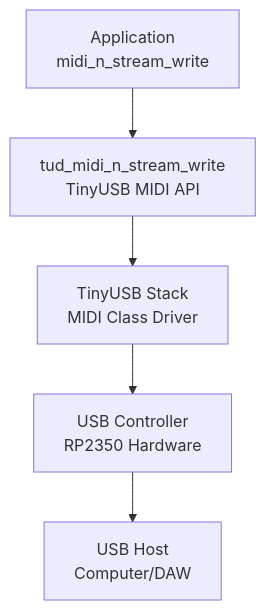
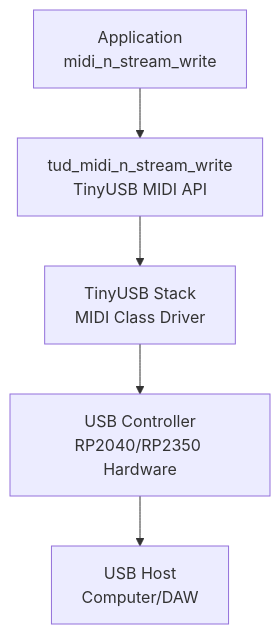
The third of 5 diagrams in wiki/6.1-dual-output-architecture.md (Jus-Be/orinayo-pico), drawn with Mermaid before and after one commit. The commit also changed other lines of this file and 42 other files, not shown here.

````diff
--- a/wiki/6.1-dual-output-architecture.md
+++ b/wiki/6.1-dual-output-architecture.md
@@ -132,14 +139,14 @@
 ```mermaid
 flowchart TD
 
 App["Application<br>midi_n_stream_write"]
 TinyUSB["tud_midi_n_stream_write<br>TinyUSB MIDI API"]
 Stack["TinyUSB Stack<br>MIDI Class Driver"]
-USB["USB Controller<br>RP2350 Hardware"]
+USB["USB Controller<br>RP2040/RP2350 Hardware"]
 Host["USB Host<br>Computer/DAW"]
 
 App --> TinyUSB
 TinyUSB --> Stack
 Stack --> USB
 USB --> Host
 ```
````
